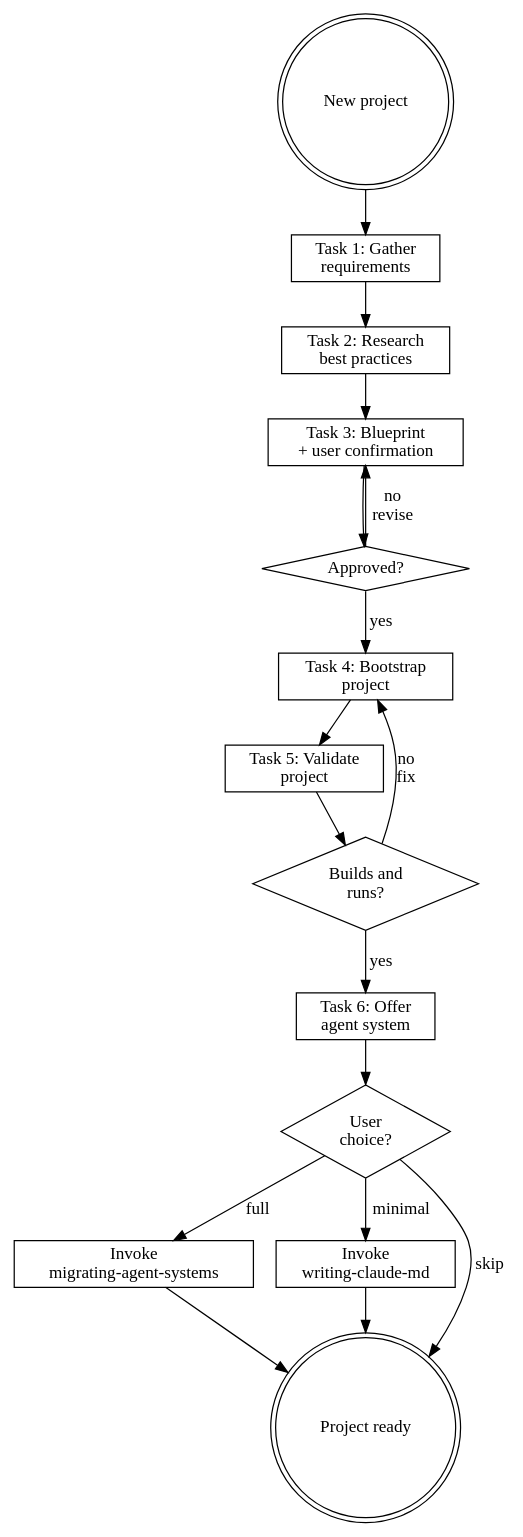
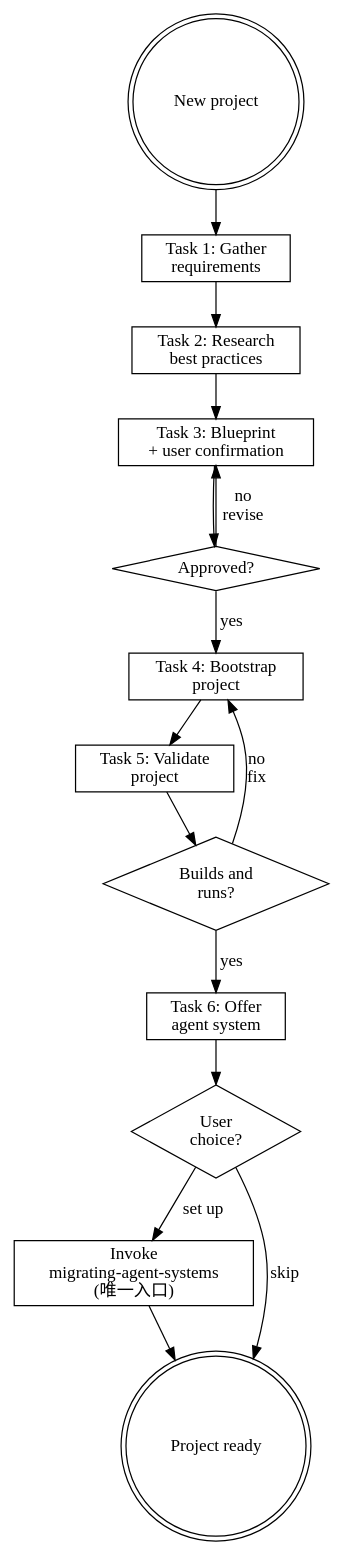
Before and after one commit to wayne930242/Reflexive-Claude-Code: the diagram in plugins/rcc/skills/initializing-projects/SKILL.md, drawn with Graphviz. The commit also changed other lines of this file and 6 other files, not shown here.

First line of the commit message:
fix: 統一 agent system 設定入口為 migrating-agent-systems

````diff
--- a/plugins/rcc/skills/initializing-projects/SKILL.md
+++ b/plugins/rcc/skills/initializing-projects/SKILL.md
@@ -187,36 +186,33 @@
 ```dot
 digraph init_project {
     rankdir=TB;
 
     start [label="New project", shape=doublecircle];
     gather [label="Task 1: Gather\nrequirements", shape=box];
     research [label="Task 2: Research\nbest practices", shape=box];
     blueprint [label="Task 3: Blueprint\n+ user confirmation", shape=box];
     confirmed [label="Approved?", shape=diamond];
     bootstrap [label="Task 4: Bootstrap\nproject", shape=box];
     validate [label="Task 5: Validate\nproject", shape=box];
     valid [label="Builds and\nruns?", shape=diamond];
     offer [label="Task 6: Offer\nagent system", shape=box];
     choice [label="User\nchoice?", shape=diamond];
-    migrate [label="Invoke\nmigrating-agent-systems", shape=box];
-    claudemd [label="Invoke\nwriting-claude-md", shape=box];
+    migrate [label="Invoke\nmigrating-agent-systems\n(唯一入口)", shape=box];
     done [label="Project ready", shape=doublecircle];
 
     start -> gather;
     gather -> research;
     research -> blueprint;
     blueprint -> confirmed;
     confirmed -> bootstrap [label="yes"];
     confirmed -> blueprint [label="no\nrevise"];
     bootstrap -> validate;
     validate -> valid;
     valid -> offer [label="yes"];
     valid -> bootstrap [label="no\nfix"];
     offer -> choice;
-    choice -> migrate [label="full"];
-    choice -> claudemd [label="minimal"];
+    choice -> migrate [label="set up"];
     choice -> done [label="skip"];
     migrate -> done;
-    claudemd -> done;
 }
 ```
````
